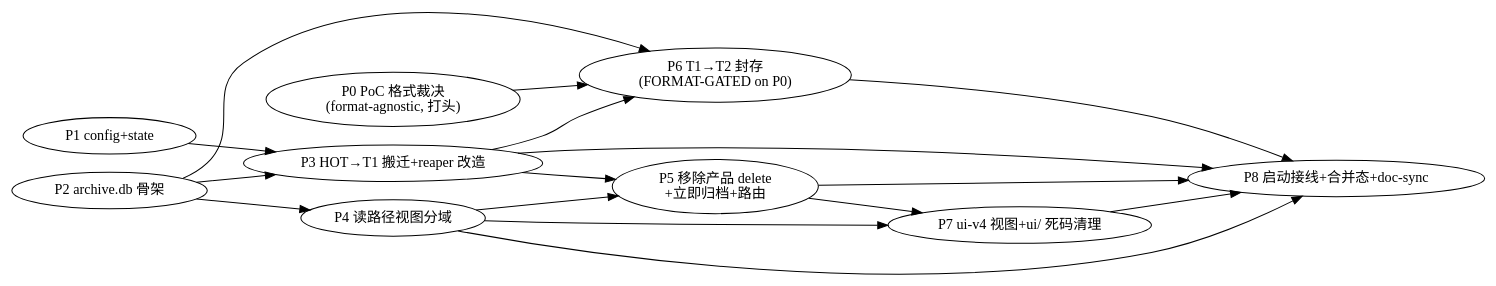
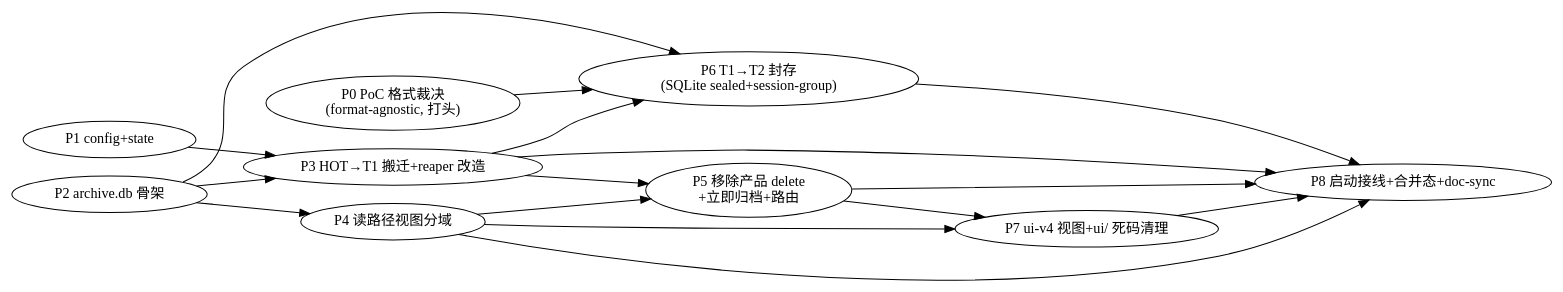
The diagram in docs/plan/2026-07-14-history-tiered-archive/plan.md (puxu-msft/copilot-api-js), drawn with Graphviz before and after one commit. The commit also changed other lines of this file and 1 other file, not shown here.

First line of the commit message:
docs: revise spec/plan per Phase 0 verdict (SQLite sealed + session-group)

````diff
--- a/docs/plan/2026-07-14-history-tiered-archive/plan.md
+++ b/docs/plan/2026-07-14-history-tiered-archive/plan.md
@@ -29,19 +29,19 @@
 ```dot
 digraph phases {
   rankdir=LR;
   P0 [label="P0 PoC 格式裁决\n(format-agnostic, 打头)"];
   P1 [label="P1 config+state"];
   P2 [label="P2 archive.db 骨架"];
   P3 [label="P3 HOT→T1 搬迁+reaper 改造"];
   P4 [label="P4 读路径视图分域"];
   P5 [label="P5 移除产品 delete\n+立即归档+路由"];
-  P6 [label="P6 T1→T2 封存\n(FORMAT-GATED on P0)"];
+  P6 [label="P6 T1→T2 封存\n(SQLite sealed+session-group)"];
   P7 [label="P7 ui-v4 视图+ui/ 死码清理"];
   P8 [label="P8 启动接线+合并态+doc-sync"];
   P1 -> P3; P2 -> P3; P2 -> P4;
   P3 -> P5; P4 -> P5;
   P0 -> P6; P2 -> P6; P3 -> P6;
   P4 -> P7; P5 -> P7;
   P3 -> P8; P4 -> P8; P5 -> P8; P6 -> P8; P7 -> P8;
 }
 ```
````
